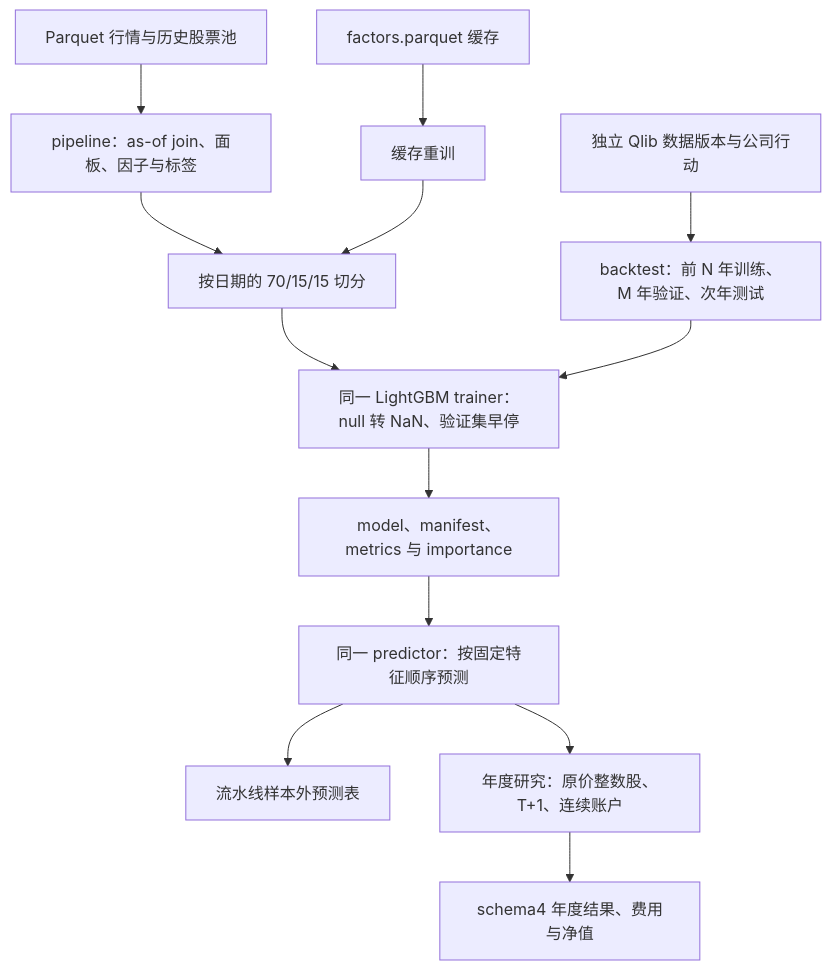
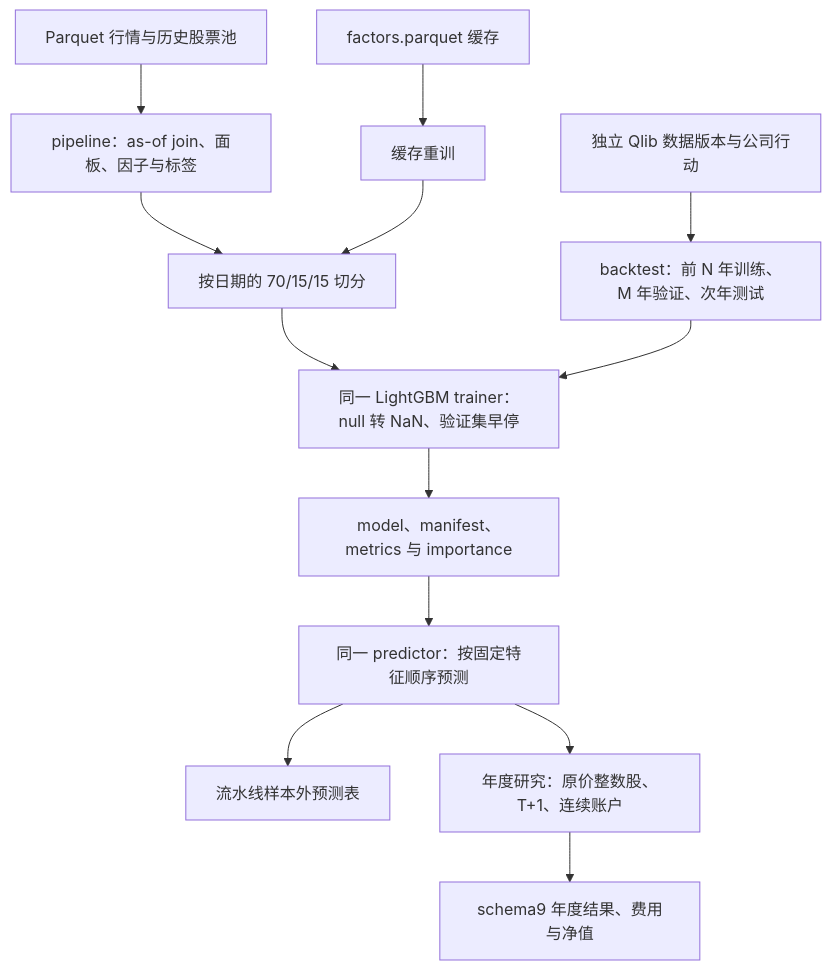
Before and after one commit to Dennishaha/JFQuant: the first of 3 diagrams in crates/ml/src/README.md, drawn with Mermaid. The commit also changed other lines of this file and 100 other files, not shown here.

````diff
--- a/crates/ml/src/README.md
+++ b/crates/ml/src/README.md
@@ -16,15 +16,15 @@
 ```mermaid
 flowchart TD
   PARQUET["Parquet 行情与历史股票池"] --> PIPE["pipeline：as-of join、面板、因子与标签"]
   PIPE --> SPLIT["按日期的 70/15/15 切分"]
   CACHE["factors.parquet 缓存"] --> RETRAIN["缓存重训"]
   RETRAIN --> SPLIT
   QLIB["独立 Qlib 数据版本与公司行动"] --> YEAR["backtest：前 N 年训练、M 年验证、次年测试"]
   SPLIT --> TRAIN["同一 LightGBM trainer：null 转 NaN、验证集早停"]
   YEAR --> TRAIN
   TRAIN --> MODEL["model、manifest、metrics 与 importance"]
   MODEL --> PRED["同一 predictor：按固定特征顺序预测"]
   PRED --> TABLE["流水线样本外预测表"]
   PRED --> LEDGER["年度研究：原价整数股、T+1、连续账户"]
-  LEDGER --> RESULT["schema4 年度结果、费用与净值"]
+  LEDGER --> RESULT["schema9 年度结果、费用与净值"]
 ```
````
